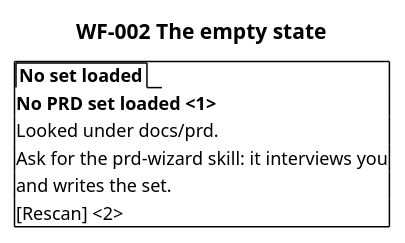
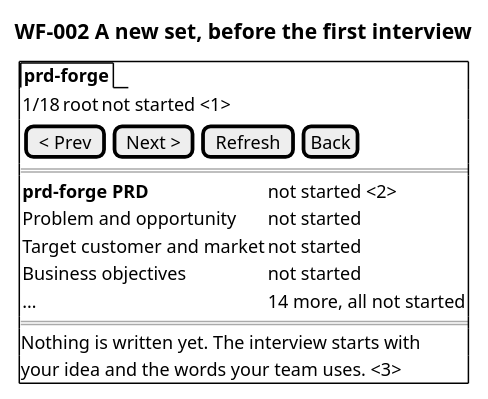
The diagram in docs/prd/prd-forge/diagrams/WF-002.puml (SpillwaveSolutions/prd-forge), drawn with PlantUML before and after one commit. The commit also changed 44 other files, not shown here.

```diff
--- a/docs/prd/prd-forge/diagrams/WF-002.puml
+++ b/docs/prd/prd-forge/diagrams/WF-002.puml
@@ -1,11 +1,21 @@
 @startsalt
-title WF-002 The empty state
+title WF-002 A new set, before the first interview
 {+
-  {/ <b>No set loaded</b> }
-  <b>No PRD set loaded <1>
-  Looked under docs/prd.
-  Ask for the prd-wizard skill: it interviews you
-  and writes the set.
-  [Rescan] <2>
+  {/ <b>prd-forge</b> }
+  {
+    1/18 | root | not started <1>
+  }
+  { [< Prev] | [Next >] | [Refresh] | [Back] }
+  ==
+  {
+    <b>prd-forge PRD | not started <2>
+    Problem and opportunity | not started
+    Target customer and market | not started
+    Business objectives | not started
+    … | 14 more, all not started
+  }
+  ==
+  Nothing is written yet. The interview starts with
+  your idea and the words your team uses. <3>
 }
 @endsalt
```
